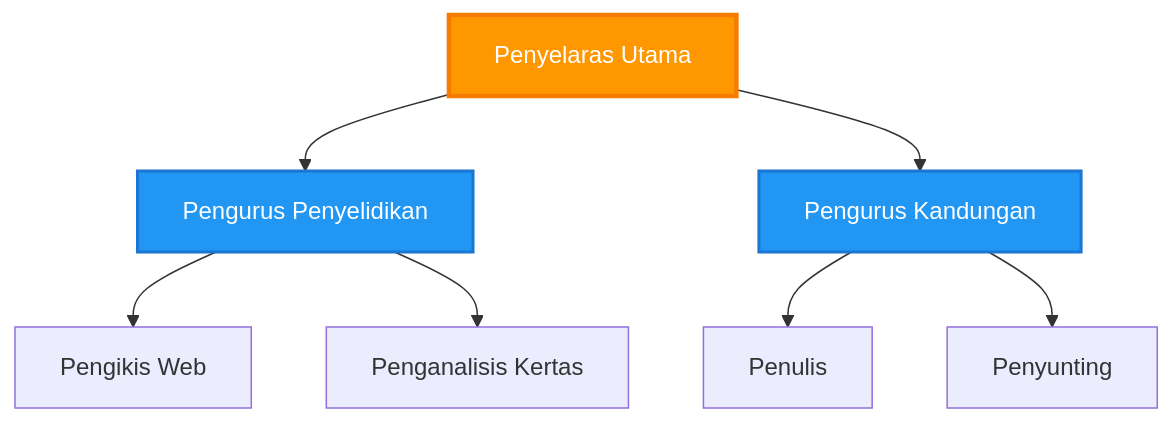
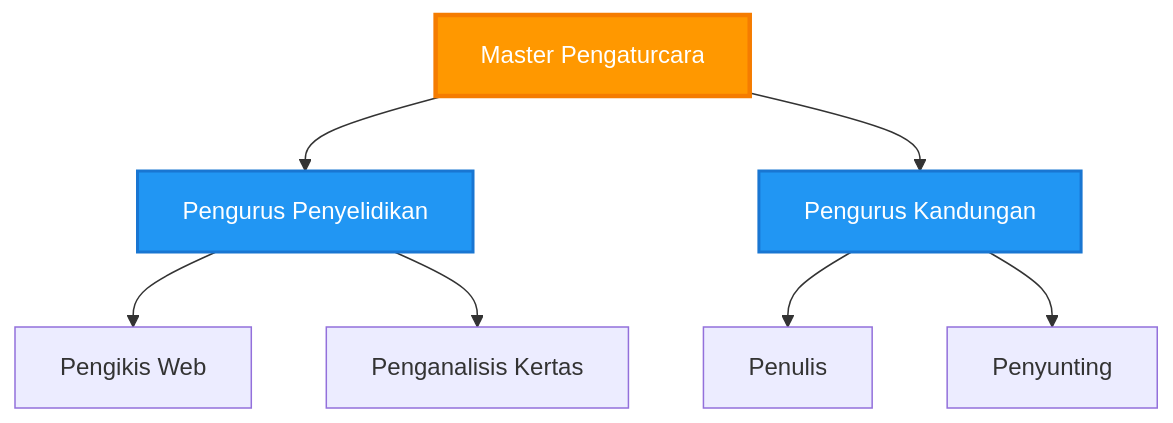
One commit to microsoft/AZD-for-beginners changed the third of 6 diagrams in translations/ms/docs/chapter-06-pre-deployment/coordination-patterns.md. Above: the diagram before and after it, drawn with Mermaid. The commit also changed other lines of this file and 101 other files, not shown here.

````diff
--- a/translations/ms/docs/chapter-06-pre-deployment/coordination-patterns.md
+++ b/translations/ms/docs/chapter-06-pre-deployment/coordination-patterns.md
@@ -149,21 +143,21 @@
 ```mermaid
 graph TB
-    Master[Penyelaras Utama]
+    Master[Master Pengaturcara]
     Manager1[Pengurus Penyelidikan]
     Manager2[Pengurus Kandungan]
     W1[Pengikis Web]
     W2[Penganalisis Kertas]
     W3[Penulis]
     W4[Penyunting]
     
     Master --> Manager1
     Master --> Manager2
     Manager1 --> W1
     Manager1 --> W2
     Manager2 --> W3
     Manager2 --> W4
     
     style Master fill:#FF9800,stroke:#F57C00,stroke-width:3px,color:#fff
     style Manager1 fill:#2196F3,stroke:#1976D2,stroke-width:2px,color:#fff
     style Manager2 fill:#2196F3,stroke:#1976D2,stroke-width:2px,color:#fff
 ```
````
